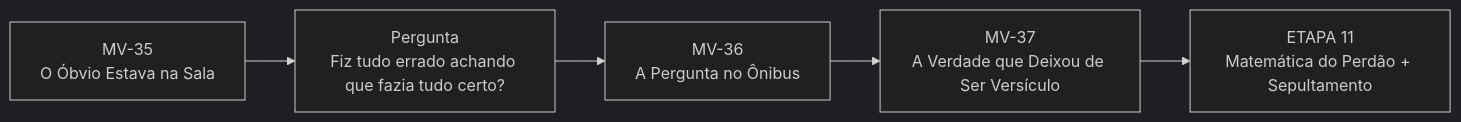
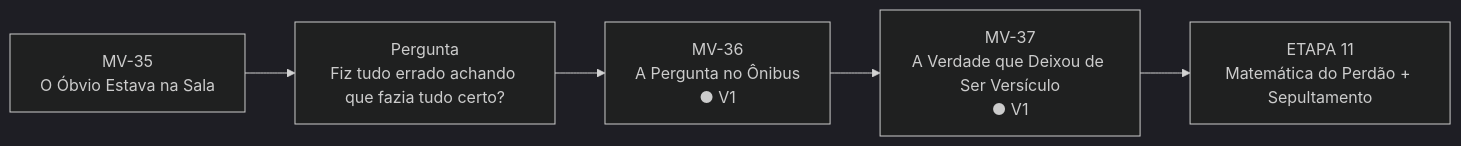
One commit to Sollimastudio/trilogia-sol-lima changed the first of 6 diagrams in 01_MORTE_EM_VIDA/MAPA_VISUAL_PARTE_IV_ATUAL.md. Above: the diagram before and after it, drawn with Mermaid (dark theme). The commit also changed other lines of this file, not shown here.

````diff
--- a/01_MORTE_EM_VIDA/MAPA_VISUAL_PARTE_IV_ATUAL.md
+++ b/01_MORTE_EM_VIDA/MAPA_VISUAL_PARTE_IV_ATUAL.md
@@ -7,7 +7,7 @@
 ```mermaid
 flowchart LR
 A[MV-35\nO Óbvio Estava na Sala] --> B[Pergunta\nFiz tudo errado achando que fazia tudo certo?]
-B --> C[MV-36\nA Pergunta no Ônibus]
-C --> D[MV-37\nA Verdade que Deixou de Ser Versículo]
+B --> C[MV-36\nA Pergunta no Ônibus\n● V1]
+C --> D[MV-37\nA Verdade que Deixou de Ser Versículo\n● V1]
 D --> E[ETAPA 11\nMatemática do Perdão + Sepultamento]
 ```
````
